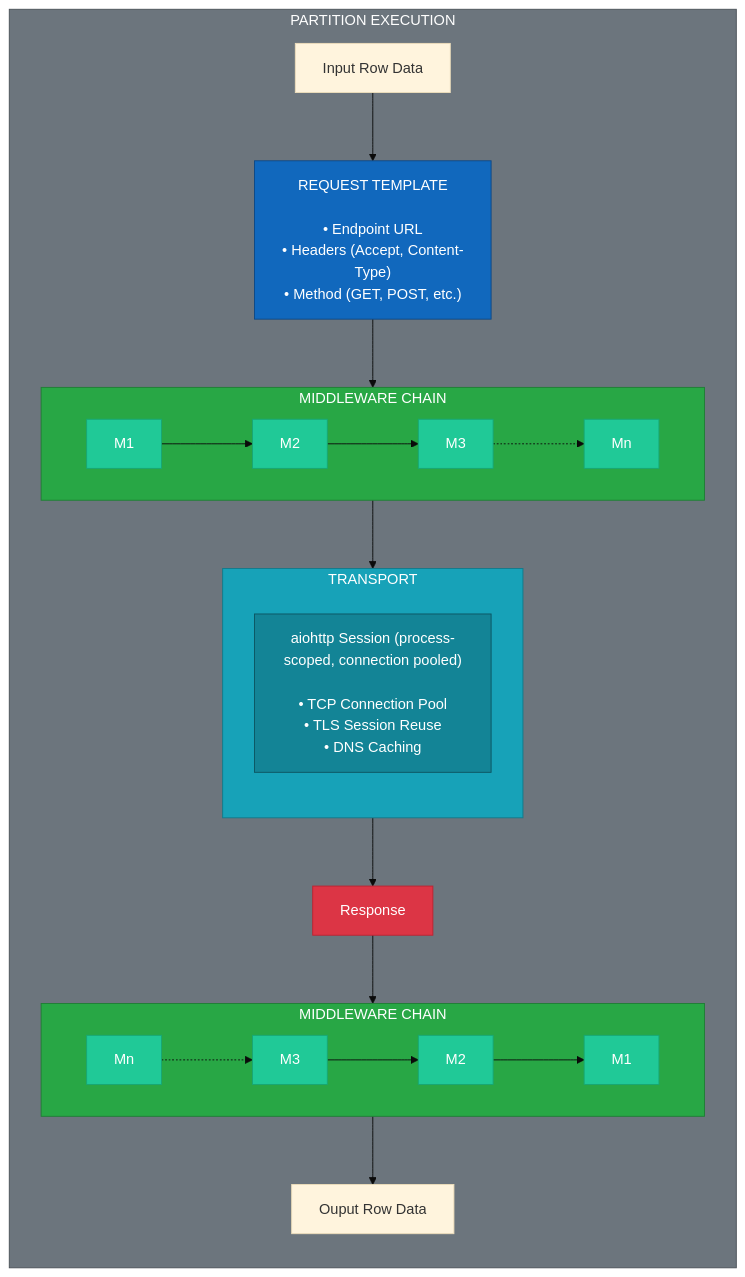
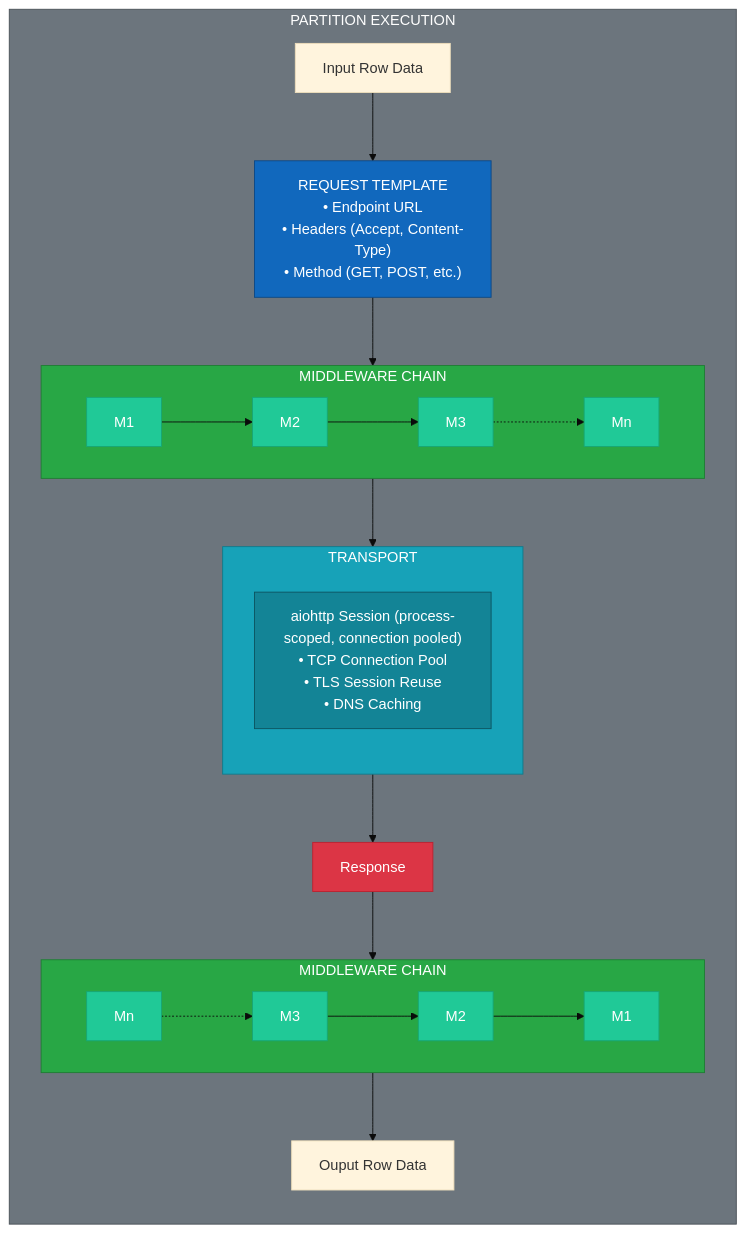
One commit to zimmerj271/distributed-api-etl changed the third of 6 diagrams in docs/architecture.md. Above: the diagram before and after it, drawn with Mermaid (base theme). The commit also changed other lines of this file, not shown here.

Commit message:
improves ETL pipeline section of architecture doc

````diff
--- a/docs/architecture.md
+++ b/docs/architecture.md
@@ -206,56 +231,56 @@
 ```mermaid
 flowchart TB
     subgraph partition["PARTITION EXECUTION"]
         direction TB
         
         rowin["Input Row Data"]
         rowout["Ouput Row Data"]
         
-        template["REQUEST TEMPLATE<br/><br/>• Endpoint URL<br/>• Headers (Accept, Content-Type)<br/>• Method (GET, POST, etc.)"]
+        template["REQUEST TEMPLATE<br/>• Endpoint URL<br/>• Headers (Accept, Content-Type)<br/>• Method (GET, POST, etc.)"]
         
         subgraph middleware1["MIDDLEWARE CHAIN"]
             direction LR
             M11["M1"]
             M21["M2"]
             M31["M3"]
             MN1["Mn"]
 
             M11 --> M21 --> M31 -.-> MN1
         end
         
         subgraph transport["TRANSPORT"]
             direction TB
-            session["aiohttp Session (process-scoped, connection pooled)<br/><br/>• TCP Connection Pool<br/>• TLS Session Reuse<br/>• DNS Caching"]
+            session["aiohttp Session (process-scoped, connection pooled)<br/>• TCP Connection Pool<br/>• TLS Session Reuse<br/>• DNS Caching"]
         end
         
         response["Response"]
 
         subgraph middleware2["MIDDLEWARE CHAIN"]
             direction LR
             M12["M1"]
             M22["M2"]
             M32["M3"]
             MN2["Mn"]
 
             MN2 -.-> M32 --> M22 --> M12
         end
         
         rowin --> template --> middleware1 --> transport --> response --> middleware2 --> rowout
     end
     
     style partition fill:#6c757d,stroke:#495057,color:#fff
     style template fill:#1168bd,stroke:#0d4884,color:#fff
     style middleware1 fill:#28a745,stroke:#1e7e34,color:#fff
     style M11 fill:#20c997,stroke:#17a673,color:#fff
     style M21 fill:#20c997,stroke:#17a673,color:#fff
     style M31 fill:#20c997,stroke:#17a673,color:#fff
     style MN1 fill:#20c997,stroke:#17a673,color:#fff
     style middleware2 fill:#28a745,stroke:#1e7e34,color:#fff
     style M12 fill:#20c997,stroke:#17a673,color:#fff
     style M22 fill:#20c997,stroke:#17a673,color:#fff
     style M32 fill:#20c997,stroke:#17a673,color:#fff
     style MN2 fill:#20c997,stroke:#17a673,color:#fff
     style transport fill:#17a2b8,stroke:#117a8b,color:#fff
     style session fill:#138496,stroke:#0c5460,color:#fff
     style response fill:#dc3545,stroke:#bd2130,color:#fff
 ```
````
